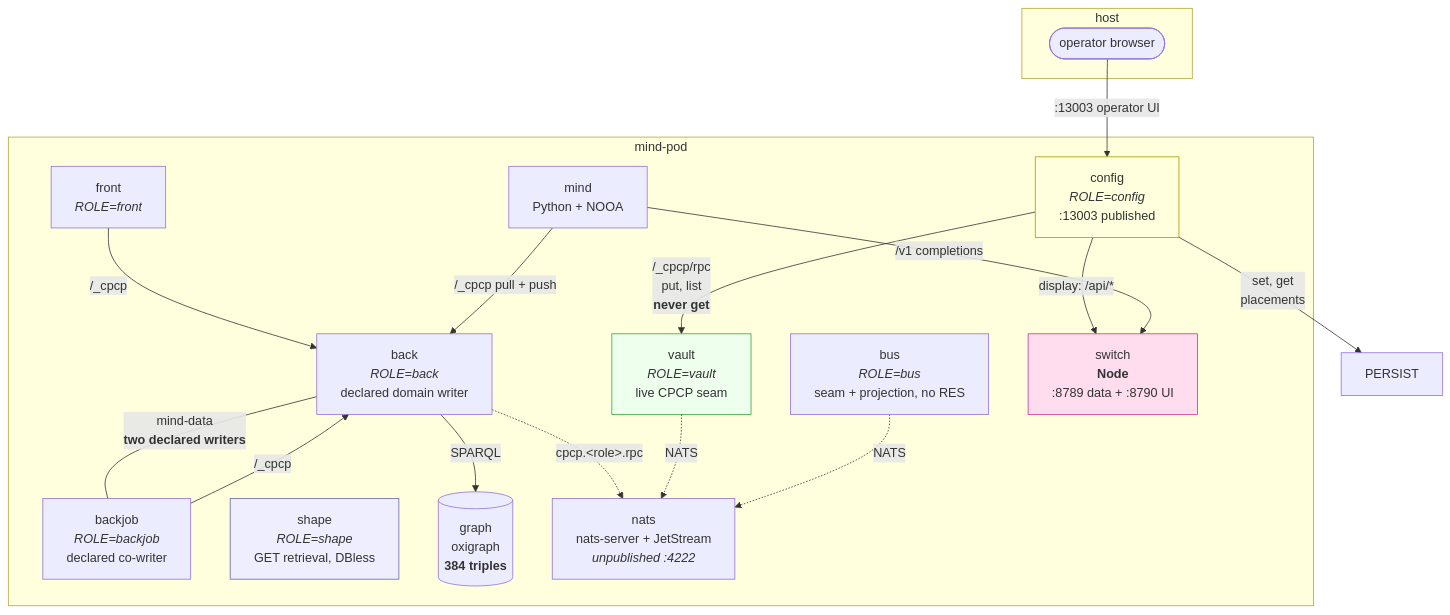
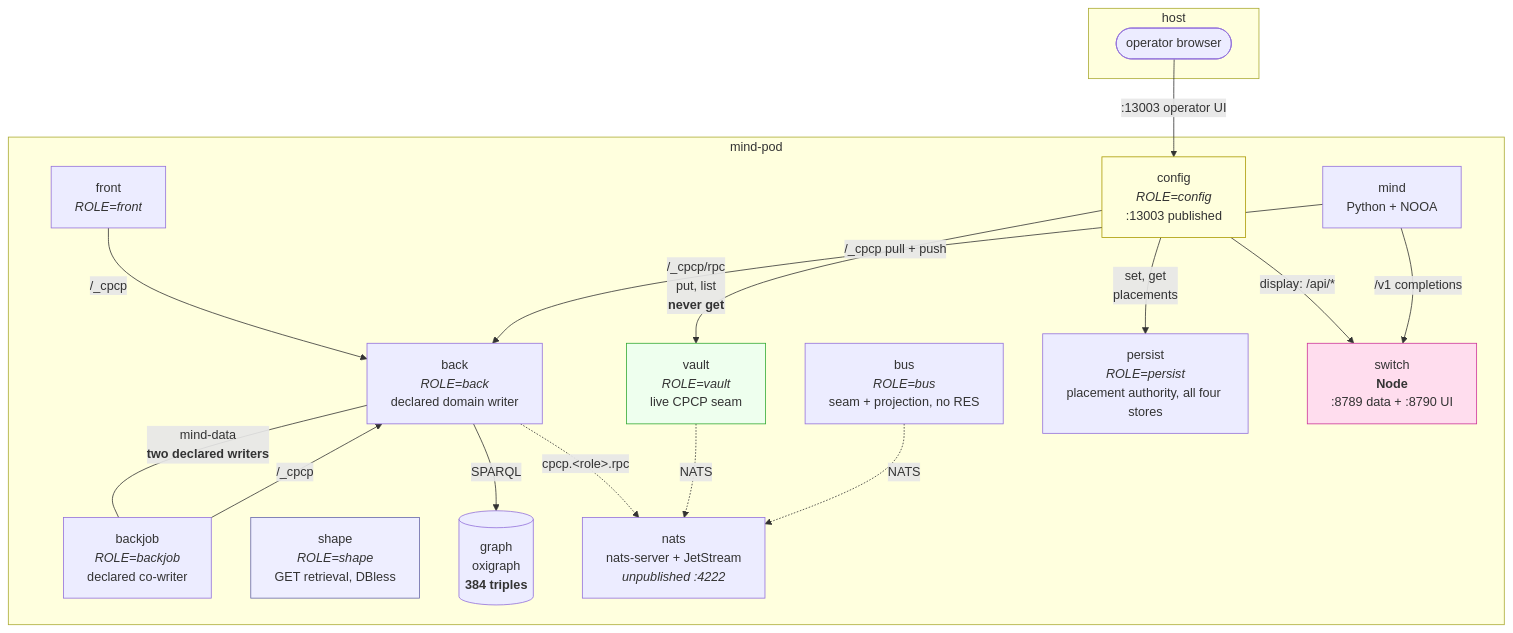
One commit to laquereric/magentic-stack changed the first of 6 diagrams in docs/architecture/ContainerTopology.md. Above: the diagram before and after it, drawn with Mermaid. The commit also changed other lines of this file and 9 other files, not shown here.

````diff
--- a/docs/architecture/ContainerTopology.md
+++ b/docs/architecture/ContainerTopology.md
@@ -34,37 +34,38 @@
 ```mermaid
 graph TB
   subgraph host["host"]
     H(["operator browser"])
   end
   subgraph pod["mind-pod"]
     CONFIG["config<br/><i>ROLE=config</i><br/>:13003 published"]
     FRONT["front<br/><i>ROLE=front</i>"]
     BACK["back<br/><i>ROLE=back</i><br/>declared domain writer"]
     BACKJOB["backjob<br/><i>ROLE=backjob</i><br/>declared co-writer"]
     VAULT["vault<br/><i>ROLE=vault</i><br/>live CPCP seam"]
     MIND["mind<br/>Python + NOOA"]
     SHAPE["shape<br/><i>ROLE=shape</i><br/>GET retrieval, DBless"]
     BUS["bus<br/><i>ROLE=bus</i><br/>seam + projection, no RES"]
+    PERSIST["persist<br/><i>ROLE=persist</i><br/>placement authority, all four stores"]
     SWITCH["switch<br/><b>Node</b><br/>:8789 data + :8790 UI"]
     GRAPH[("graph<br/>oxigraph<br/><b>384 triples</b>")]
     NATS["nats<br/>nats-server + JetStream<br/><i>unpublished :4222</i>"]
   end
   H -->|":13003 operator UI"| CONFIG
   CONFIG -->|"/_cpcp/rpc<br/>put, list<br/><b>never get</b>"| VAULT
   CONFIG -->|"set, get<br/>placements"| PERSIST
   FRONT -->|"/_cpcp"| BACK
   CONFIG -->|"display: /api/*"| SWITCH
   BACKJOB -->|"/_cpcp"| BACK
   MIND -->|"/_cpcp pull + push"| BACK
   MIND -->|"/v1 completions"| SWITCH
   BACK -->|"SPARQL"| GRAPH
   BACK ---|"mind-data<br/><b>two declared writers</b>"| BACKJOB
   BACK -.->|"cpcp.&lt;role&gt;.rpc"| NATS
   VAULT -.->|"NATS"| NATS
   BUS -.->|"NATS"| NATS
 
   style SWITCH fill:#fde,stroke:#c39
   style VAULT fill:#efe,stroke:#3a3
   style CONFIG fill:#ffd,stroke:#a90
   style SHAPE fill:#eef,stroke:#66a
 ```
````
